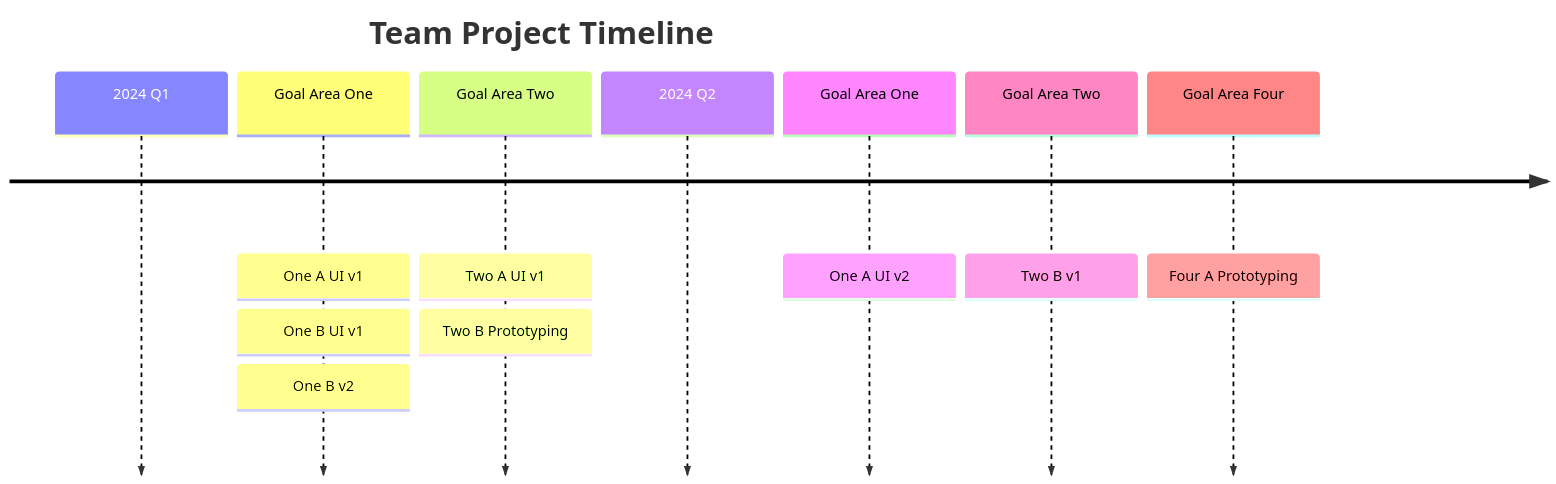
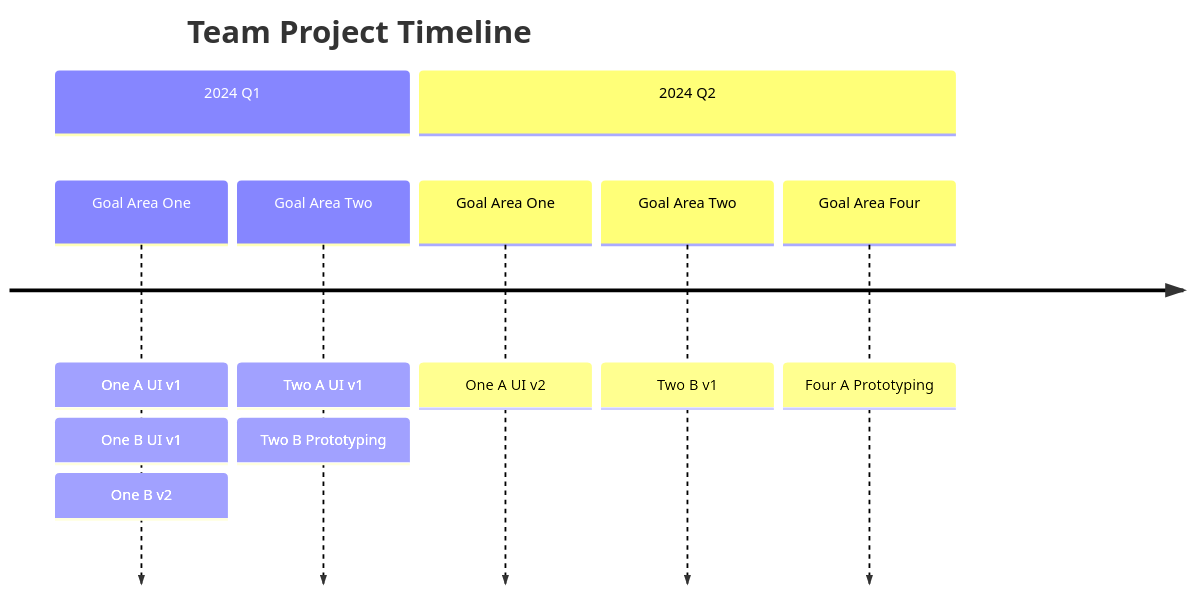
One commit to cnewell/MermaidSandbox changed the second of 2 diagrams in README.md. Above: the diagram before and after it, drawn with Mermaid.

Commit message:
Fixing section markup

````diff
--- a/README.md
+++ b/README.md
@@ -19,11 +19,11 @@
 ```mermaid
 timeline
         title Team Project Timeline
-        2024 Q1
+        section 2024 Q1
           Goal Area One : One A UI v1 : One B UI v1 : One B v2
           Goal Area Two : Two A UI v1 : Two B Prototyping
-        2024 Q2
+        section 2024 Q2
           Goal Area One : One A UI v2
           Goal Area Two : Two B v1
           Goal Area Four : Four A Prototyping
 ```
````
